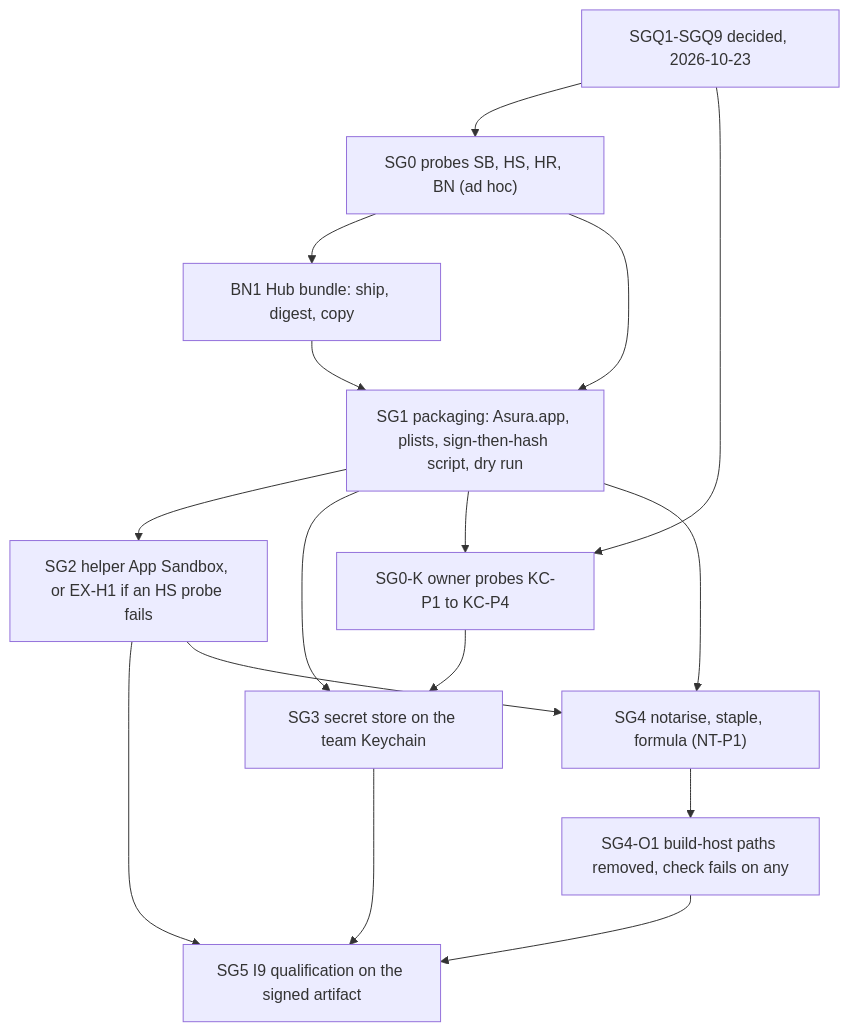
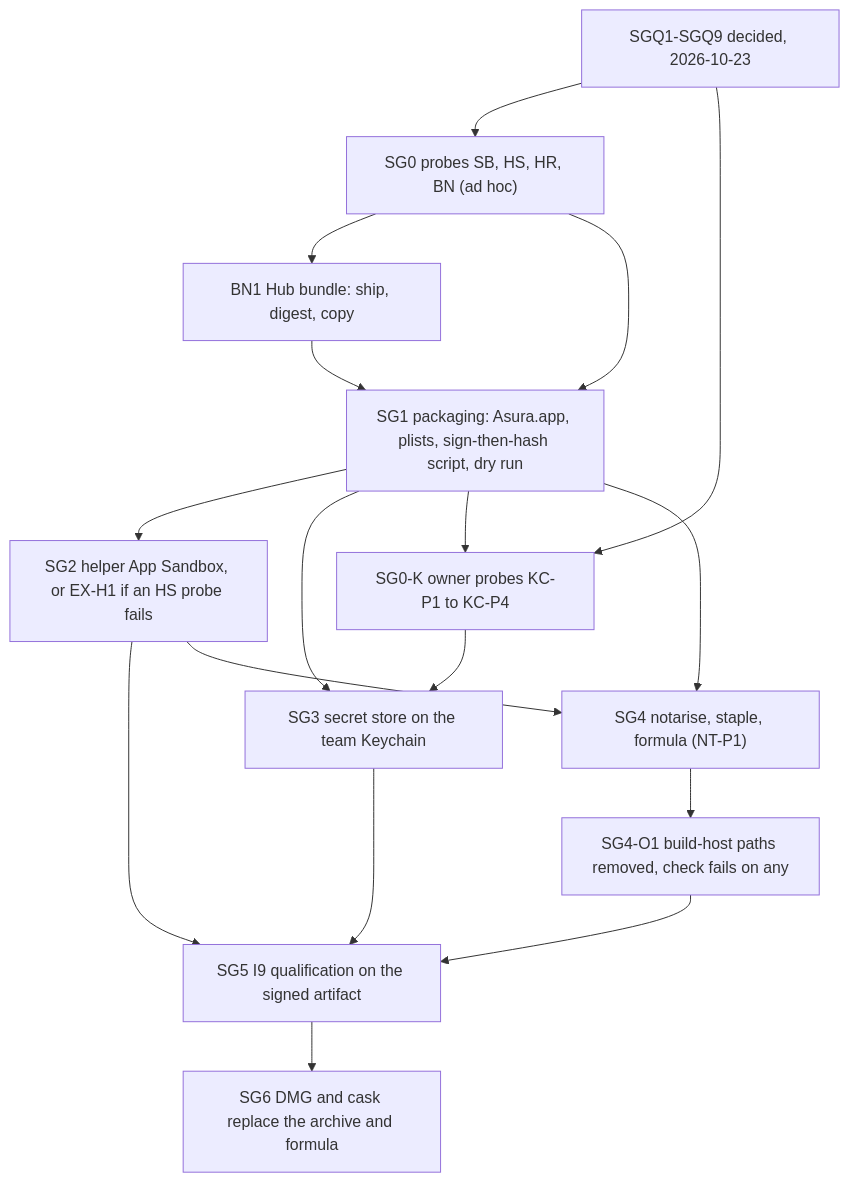
Before and after one commit to pidster/asura: diagram 16 of 17 in docs/designs/release-signing.md, drawn with Mermaid. The commit also changed other lines of this file and 10 other files, not shown here.

First line of the commit message:
Design the signed DMG and Homebrew cask distribution (SG6)

````diff
--- a/docs/designs/release-signing.md
+++ b/docs/designs/release-signing.md
@@ -2084,18 +2356,19 @@
 ```mermaid
 flowchart TD
     Q["SGQ1-SGQ9 decided, 2026-10-23"] --> SG0
     Q --> SG0K
     SG0["SG0 probes SB, HS, HR, BN (ad hoc)"] --> BN1
     BN1["BN1 Hub bundle: ship, digest, copy"] --> SG1
     SG0 --> SG1
     SG1["SG1 packaging: Asura.app, plists, sign-then-hash script, dry run"] --> SG2
     SG1 --> SG3
     SG1 --> SG0K
     SG0K["SG0-K owner probes KC-P1 to KC-P4"] --> SG3
     SG2["SG2 helper App Sandbox, or EX-H1 if an HS probe fails"] --> SG5
     SG3["SG3 secret store on the team Keychain"] --> SG5
     SG1 --> SG4["SG4 notarise, staple, formula (NT-P1)"]
     SG2 --> SG4
     SG4 --> O1["SG4-O1 build-host paths removed, check fails on any"]
     O1 --> SG5["SG5 I9 qualification on the signed artifact"]
+    SG5 --> SG6["SG6 DMG and cask replace the archive and formula"]
 ```
````
